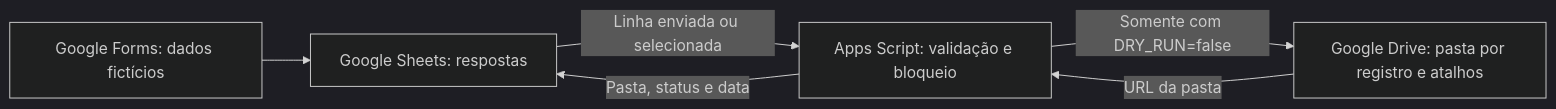
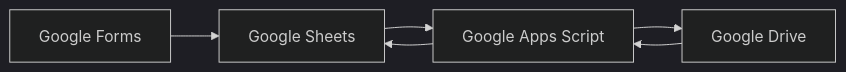
The diagram in README.md (leviroiz/rh-admission-automation-demo), drawn with Mermaid (dark theme) before and after one commit. The commit also changed other lines of this file, not shown here.

````diff
--- a/README.md
+++ b/README.md
@@ -27,8 +76,8 @@
 ```mermaid
 flowchart LR
-  F["Google Forms: dados fictícios"] --> S["Google Sheets: respostas"]
-  S -->|"Linha enviada ou selecionada"| A["Apps Script: validação e bloqueio"]
-  A -->|"Somente com DRY_RUN=false"| D["Google Drive: pasta por registro e atalhos"]
-  D -->|"URL da pasta"| A
-  A -->|"Pasta, status e data"| S
+    F["Google Forms"] --> S["Google Sheets"]
+    S --> A["Google Apps Script"]
+    A --> D["Google Drive"]
+    D --> A
+    A --> S
 ```
````
